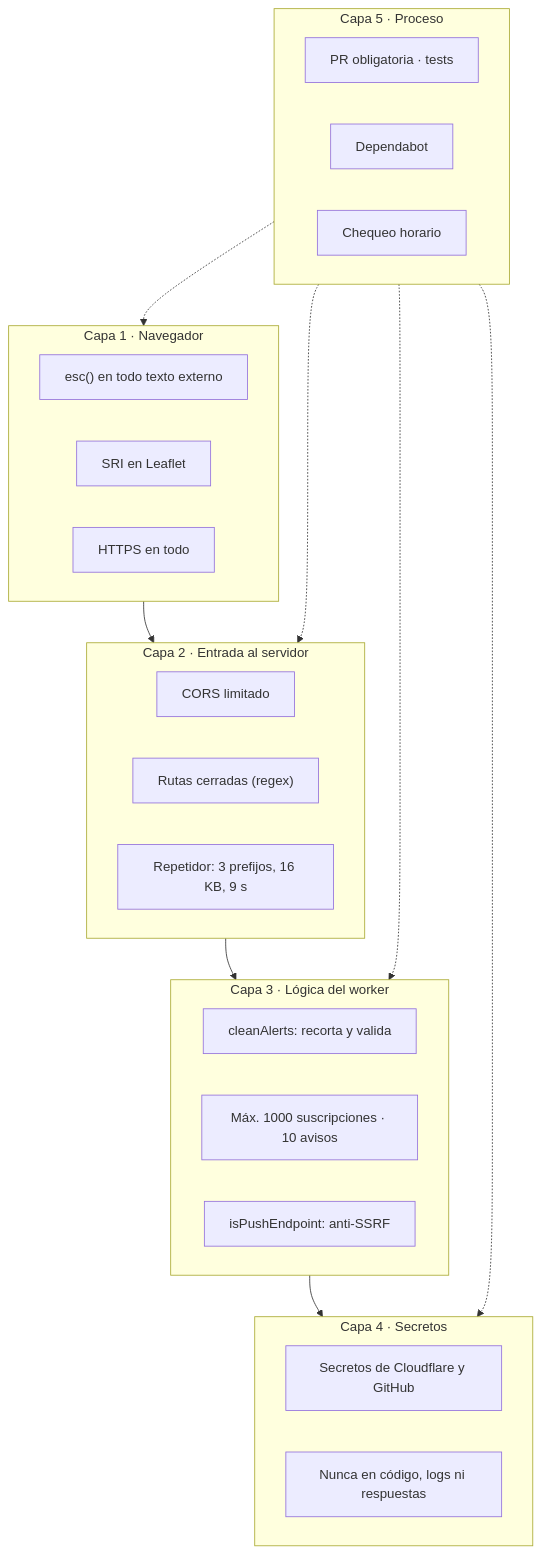
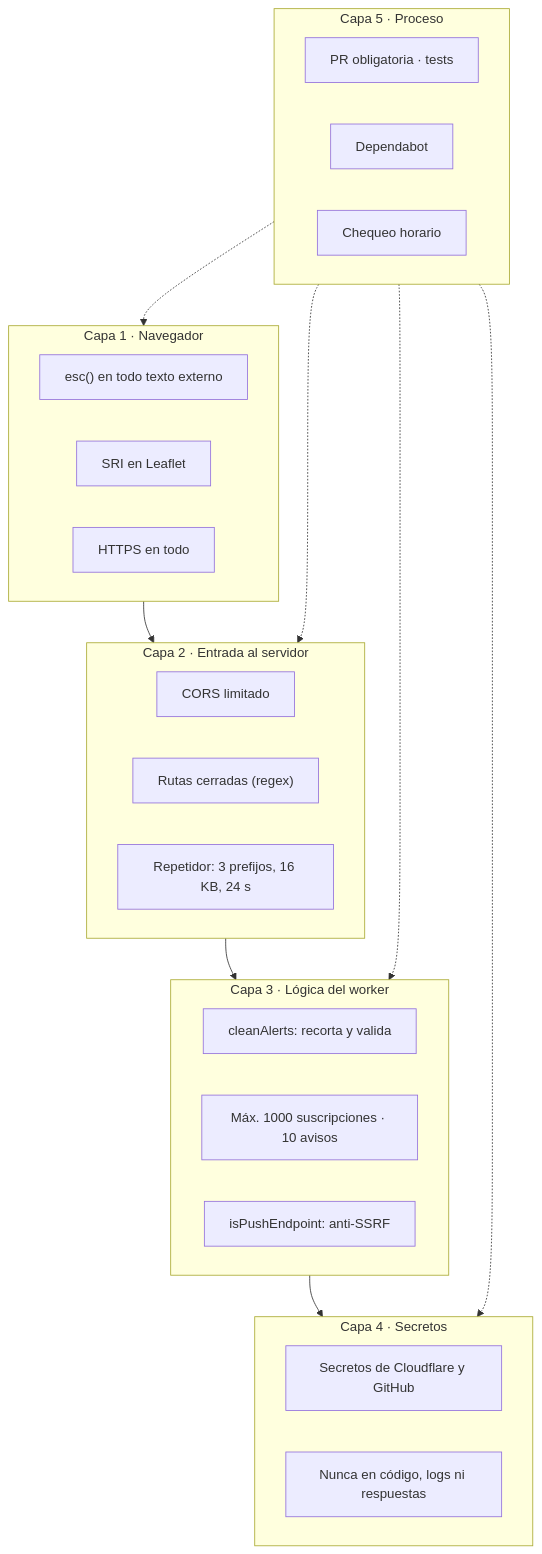
One commit to serbenda/marquesina changed the second of 3 diagrams in docs/SEGURIDAD.md. Above: the diagram before and after it, drawn with Mermaid. The commit also changed other lines of this file and 7 other files, not shown here.

````diff
--- a/docs/SEGURIDAD.md
+++ b/docs/SEGURIDAD.md
@@ -142,29 +142,29 @@
 ```mermaid
 flowchart TB
   subgraph C1["Capa 1 · Navegador"]
     A1["esc() en todo texto externo"]
     A2["SRI en Leaflet"]
     A3["HTTPS en todo"]
   end
   subgraph C2["Capa 2 · Entrada al servidor"]
     B1["CORS limitado"]
     B2["Rutas cerradas (regex)"]
-    B3["Repetidor: 3 prefijos, 16 KB, 9 s"]
+    B3["Repetidor: 3 prefijos, 16 KB, 24 s"]
   end
   subgraph C3["Capa 3 · Lógica del worker"]
     D1["cleanAlerts: recorta y valida"]
     D2["Máx. 1000 suscripciones · 10 avisos"]
     D3["isPushEndpoint: anti-SSRF"]
   end
   subgraph C4["Capa 4 · Secretos"]
     E1["Secretos de Cloudflare y GitHub"]
     E2["Nunca en código, logs ni respuestas"]
   end
   subgraph C5["Capa 5 · Proceso"]
     F1["PR obligatoria · tests"]
     F2["Dependabot"]
     F3["Chequeo horario"]
   end
   C1 --> C2 --> C3 --> C4
   C5 -.-> C1 & C2 & C3 & C4
 ```
````
